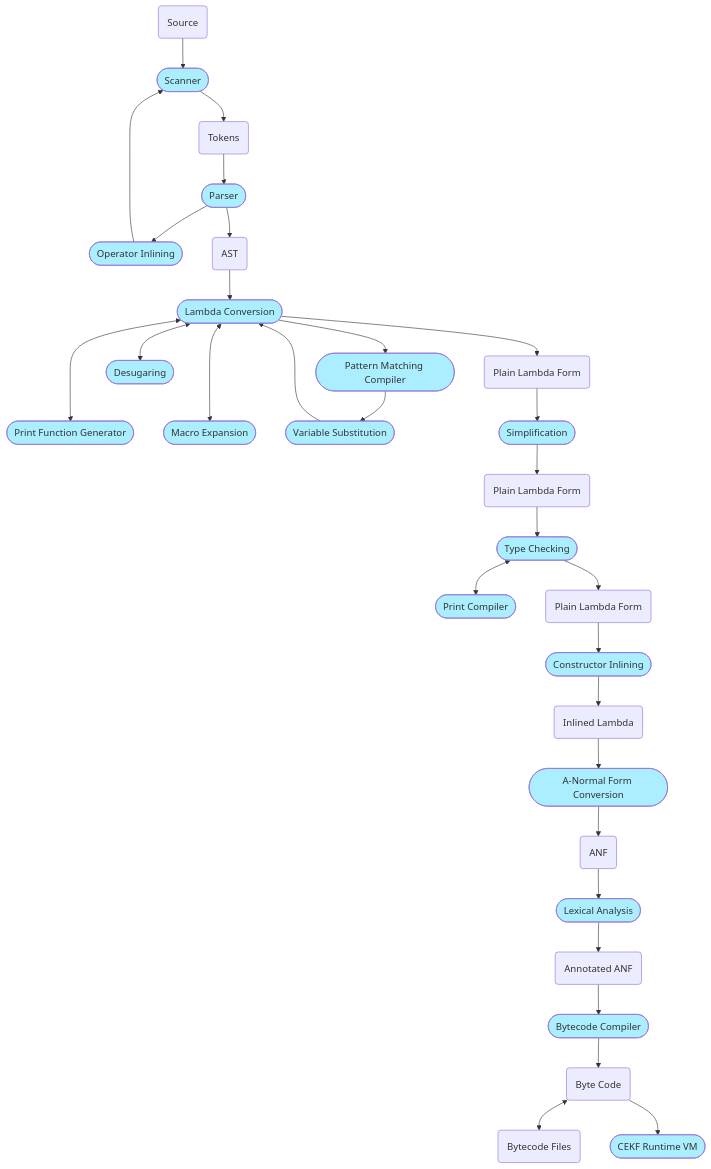
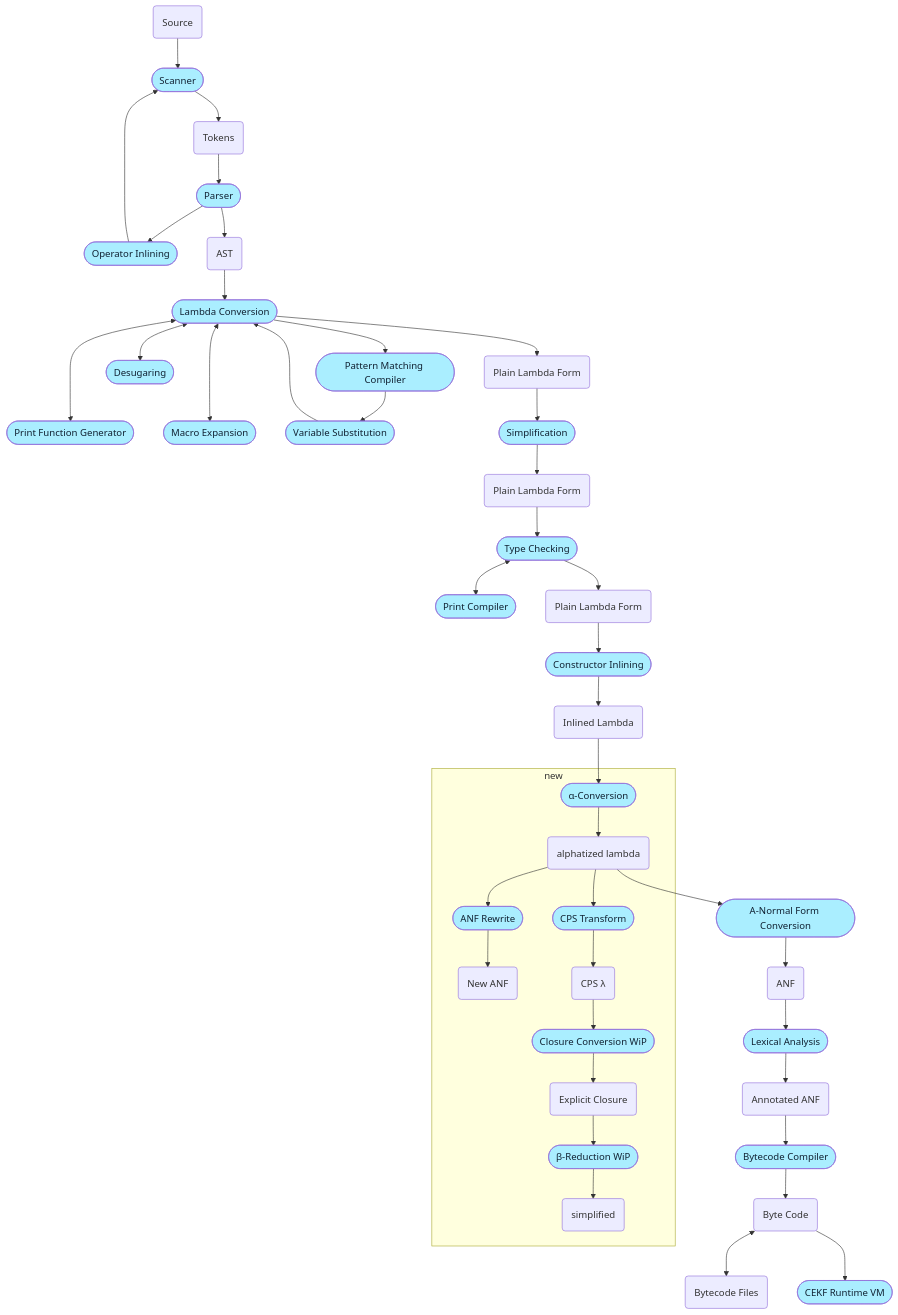
The diagram in README.md (billhails/CEKF), drawn with Mermaid before and after one commit. The commit also changed other lines of this file and 4 other files, not shown here.

Commit message:
Closure conversion WiP

````diff
--- a/README.md
+++ b/README.md
@@ -75,33 +75,47 @@
 ```mermaid
 flowchart TD
-classDef process fill:#aef;
+classDef process fill:#aef,color:#123;
 source(Source) -->
 scanner([Scanner]):::process -->
 tokens(Tokens) -->
 parser([Parser]):::process
 parser --> oi([Operator Inlining]):::process
 oi --> scanner
 parser --> ast(AST) -->
 lc([Lambda Conversion]):::process --> tpmc([Pattern Matching Compiler]):::process
 lc <---> pg([Print Function Generator]):::process
 lc <---> me([Macro Expansion]):::process
 tpmc --> vs([Variable Substitution]):::process
 vs --> lc
 lc <--> des([Desugaring]):::process
 lc --> lambda0(Plain Lambda Form)
 lambda0 --> sim([Simplification]):::process
 sim --> lambda1(Plain Lambda Form)
 lambda1 --> tc([Type Checking]):::process
 tc <--> pc([Print Compiler]):::process
 tc --> lambda2(Plain Lambda Form)
 lambda2 --> ci([Constructor Inlining]):::process
 ci --> lambda3(Inlined Lambda)
-lambda3 --> anfc([A-Normal Form Conversion]):::process
+subgraph new
+alpha(["ɑ-Conversion"]):::process
+alpha --> lambda_a(alphatized lambda)
+lambda_a --> anfr([ANF Rewrite]):::process
+anfr --> lambda_b(New ANF)
+
+lambda_a --> cps([CPS Transform]):::process
+cps --> lambda_e("CPS λ")
+lambda_e --> cloc([Closure Conversion WiP]):::process
+cloc --> lambda_c(Explicit Closure)
+lambda_c --> betar(["β-Reduction WiP"]):::process
+betar --> lambda_d(simplified)
+end
+lambda3 --> alpha
+lambda_a --> anfc([A-Normal Form Conversion]):::process
 anfc --> anf(ANF)
 anf --> lexa([Lexical Analysis]):::process
 lexa --> ann(Annotated ANF)
 ann --> bcc([Bytecode Compiler]):::process
 bcc --> bc(Byte Code)
 bc <--> bcf(Bytecode Files)
 bc --> cekf([CEKF Runtime VM]):::process
 ```
````
